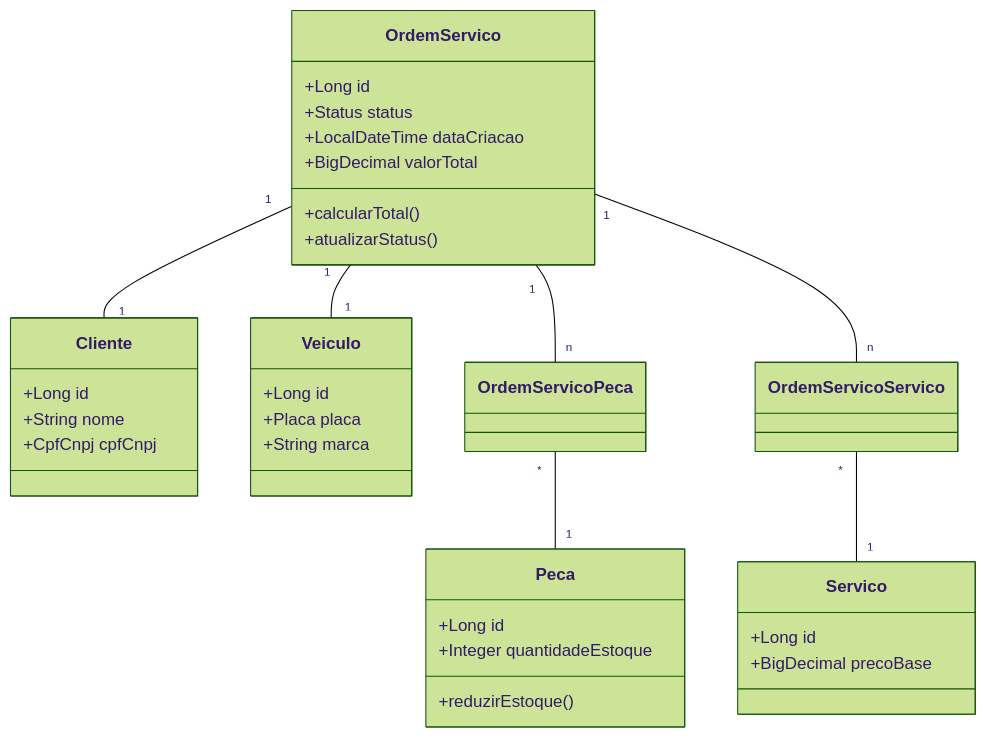
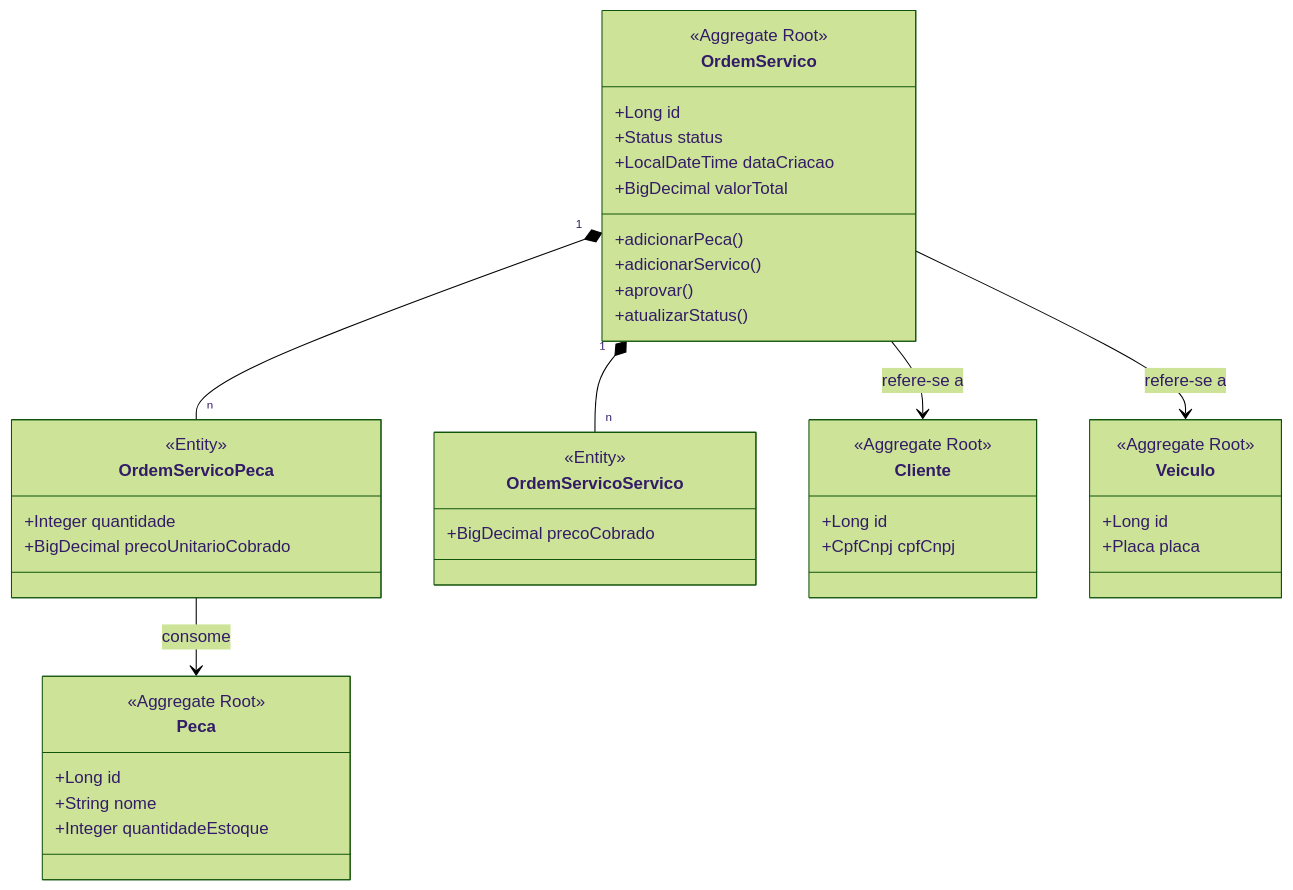
The fourth of 4 diagrams in docs/DDD_DOCUMENTATION.md (marcelsenarios/fiap-oficina), drawn with Mermaid (forest theme) before and after one commit. The commit also changed other lines of this file and 15 other files, not shown here.

````diff
--- a/docs/DDD_DOCUMENTATION.md
+++ b/docs/DDD_DOCUMENTATION.md
@@ -48,37 +114,50 @@
 ```mermaid
 classDiagram
     class OrdemServico {
+        <<Aggregate Root>>
         +Long id
         +Status status
         +LocalDateTime dataCriacao
         +BigDecimal valorTotal
-        +calcularTotal()
+        +adicionarPeca()
+        +adicionarServico()
+        +aprovar()
         +atualizarStatus()
     }
-    class Cliente {
+
+    class OrdemServicoPeca {
+        <<Entity>>
+        +Integer quantidade
+        +BigDecimal precoUnitarioCobrado
+    }
+
+    class OrdemServicoServico {
+        <<Entity>>
+        +BigDecimal precoCobrado
+    }
+
+    class Peca {
+        <<Aggregate Root>>
         +Long id
         +String nome
+        +Integer quantidadeEstoque
+    }
+
+    class Cliente {
+        <<Aggregate Root>>
+        +Long id
         +CpfCnpj cpfCnpj
     }
+
     class Veiculo {
+        <<Aggregate Root>>
         +Long id
         +Placa placa
-        +String marca
-    }
-    class Peca {
-        +Long id
-        +Integer quantidadeEstoque
-        +reduzirEstoque()
-    }
-    class Servico {
-        +Long id
-        +BigDecimal precoBase
     }
 
-    OrdemServico "1" -- "1" Cliente
-    OrdemServico "1" -- "1" Veiculo
-    OrdemServico "1" -- "n" OrdemServicoPeca
-    OrdemServico "1" -- "n" OrdemServicoServico
-    OrdemServicoPeca "*" -- "1" Peca
-    OrdemServicoServico "*" -- "1" Servico
+    OrdemServico "1" *-- "n" OrdemServicoPeca
+    OrdemServico "1" *-- "n" OrdemServicoServico
+    OrdemServico --> Cliente : refere-se a
+    OrdemServico --> Veiculo : refere-se a
+    OrdemServicoPeca --> Peca : consome
 ```
````
